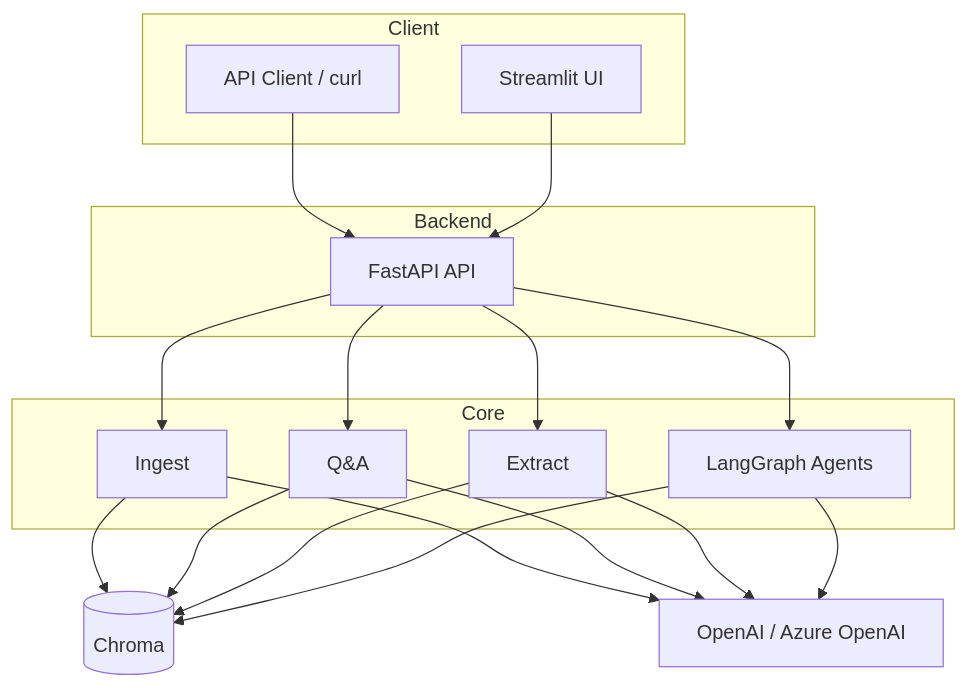
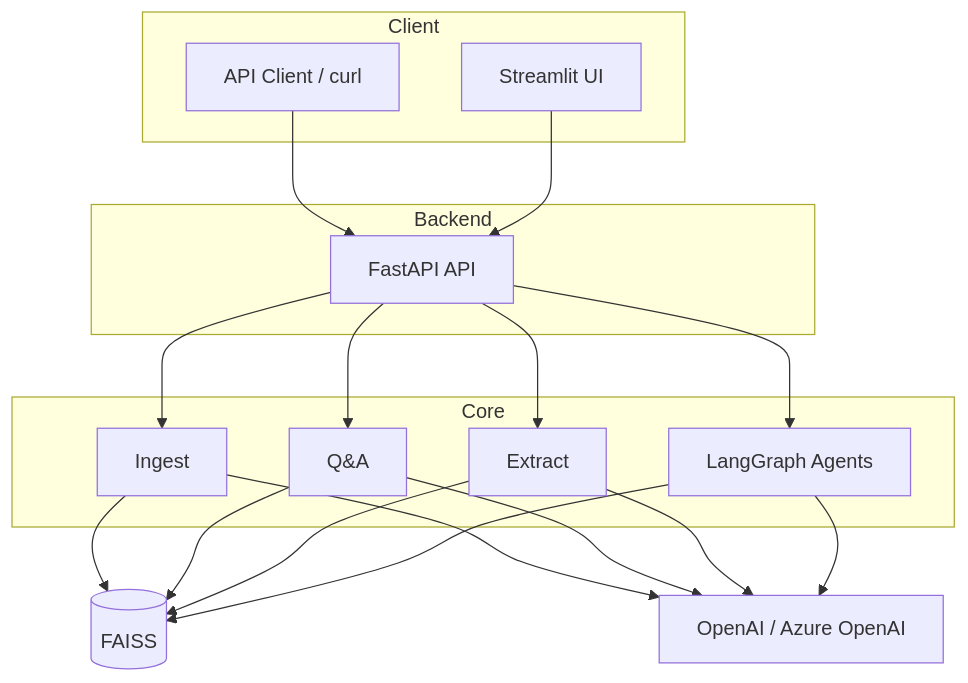
The third of 3 diagrams in docs/ARCHITECTURE.md (mojo8787/rag-prototype), drawn with Mermaid before and after one commit. The commit also changed other lines of this file and 7 other files, not shown here.

First line of the commit message:
Switch from ChromaDB to FAISS for Azure sqlite3 compatibility

````diff
--- a/docs/ARCHITECTURE.md
+++ b/docs/ARCHITECTURE.md
@@ -41,35 +41,35 @@
 ```mermaid
 flowchart TB
     subgraph Client [Client]
         Streamlit[Streamlit UI]
         API_Client[API Client / curl]
     end
 
     subgraph Backend [Backend]
         FastAPI[FastAPI API]
         API_Client --> FastAPI
         Streamlit --> FastAPI
     end
 
     subgraph Core [Core]
         Ingest[Ingest]
         QA[Q&A]
         Extract[Extract]
         Agents[LangGraph Agents]
     end
 
     FastAPI --> Ingest
     FastAPI --> QA
     FastAPI --> Extract
     FastAPI --> Agents
 
-    Ingest --> Chroma[(Chroma)]
-    QA --> Chroma
-    Extract --> Chroma
-    Agents --> Chroma
+    Ingest --> FAISS[(FAISS)]
+    QA --> FAISS
+    Extract --> FAISS
+    Agents --> FAISS
 
     Ingest --> LLM[OpenAI / Azure OpenAI]
     QA --> LLM
     Extract --> LLM
     Agents --> LLM
 ```
````
